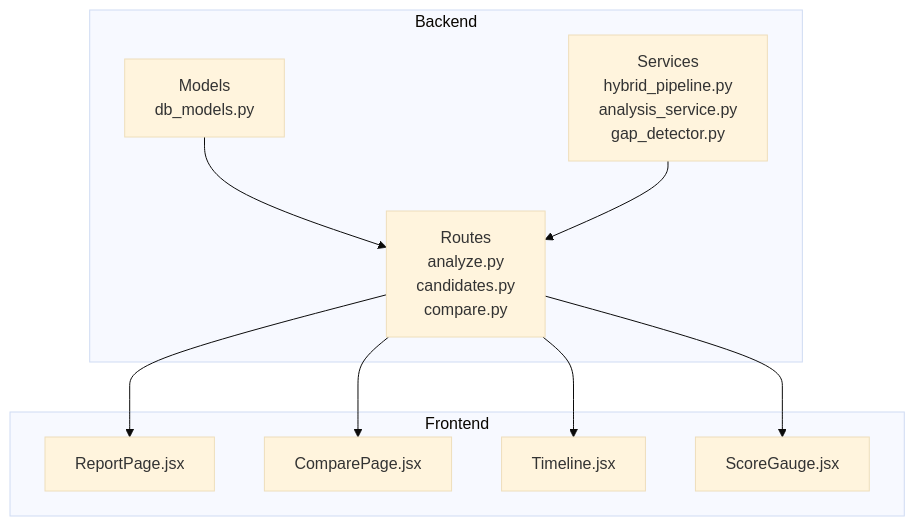
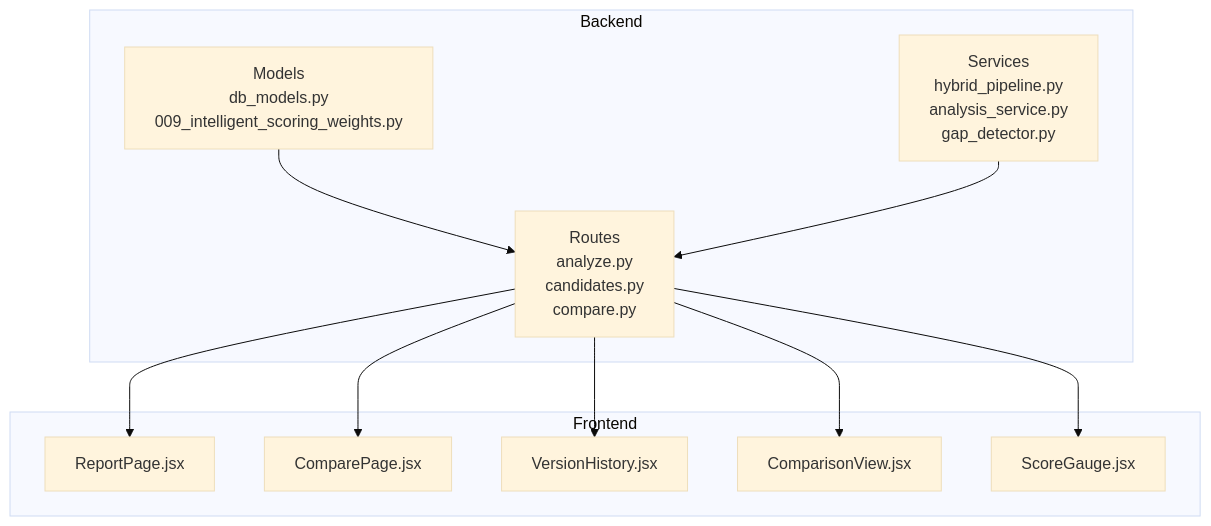
One commit to Revanththetalogics/aireume changed the first of 8 diagrams in .qoder/repowiki/en/content/Candidate Management/Analysis History and Tracking.md. Above: the diagram before and after it, drawn with Mermaid (base theme). The commit also changed other lines of this file and 20 other files, not shown here.

````diff
--- a/.qoder/repowiki/en/content/Candidate Management/Analysis History and Tracking.md
+++ b/.qoder/repowiki/en/content/Candidate Management/Analysis History and Tracking.md
@@ -41,20 +53,22 @@
 ```mermaid
 graph TB
 subgraph "Backend"
-M["Models<br/>db_models.py"]
+M["Models<br/>db_models.py<br/>009_intelligent_scoring_weights.py"]
 S["Services<br/>hybrid_pipeline.py<br/>analysis_service.py<br/>gap_detector.py"]
 R["Routes<br/>analyze.py<br/>candidates.py<br/>compare.py"]
 end
 subgraph "Frontend"
 F1["ReportPage.jsx"]
 F2["ComparePage.jsx"]
-F3["Timeline.jsx"]
-F4["ScoreGauge.jsx"]
+F3["VersionHistory.jsx"]
+F4["ComparisonView.jsx"]
+F5["ScoreGauge.jsx"]
 end
 M --> R
 S --> R
 R --> F1
 R --> F2
 R --> F3
 R --> F4
+R --> F5
 ```
````
